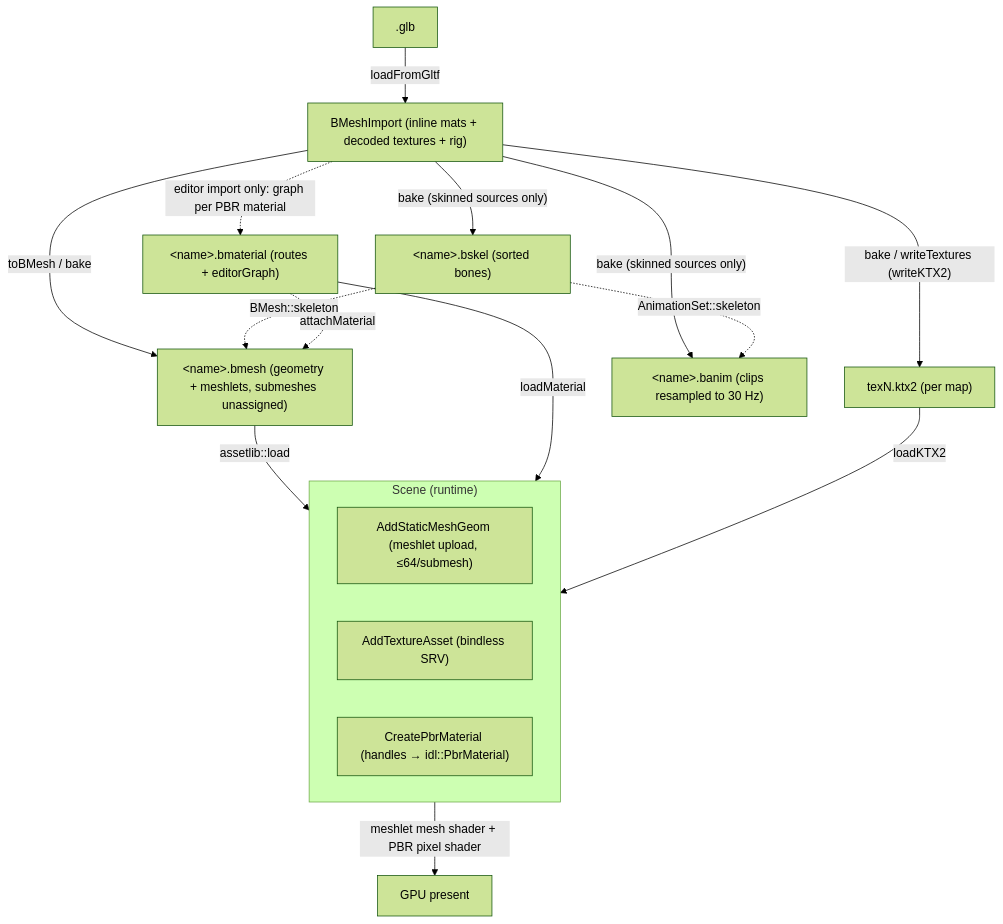
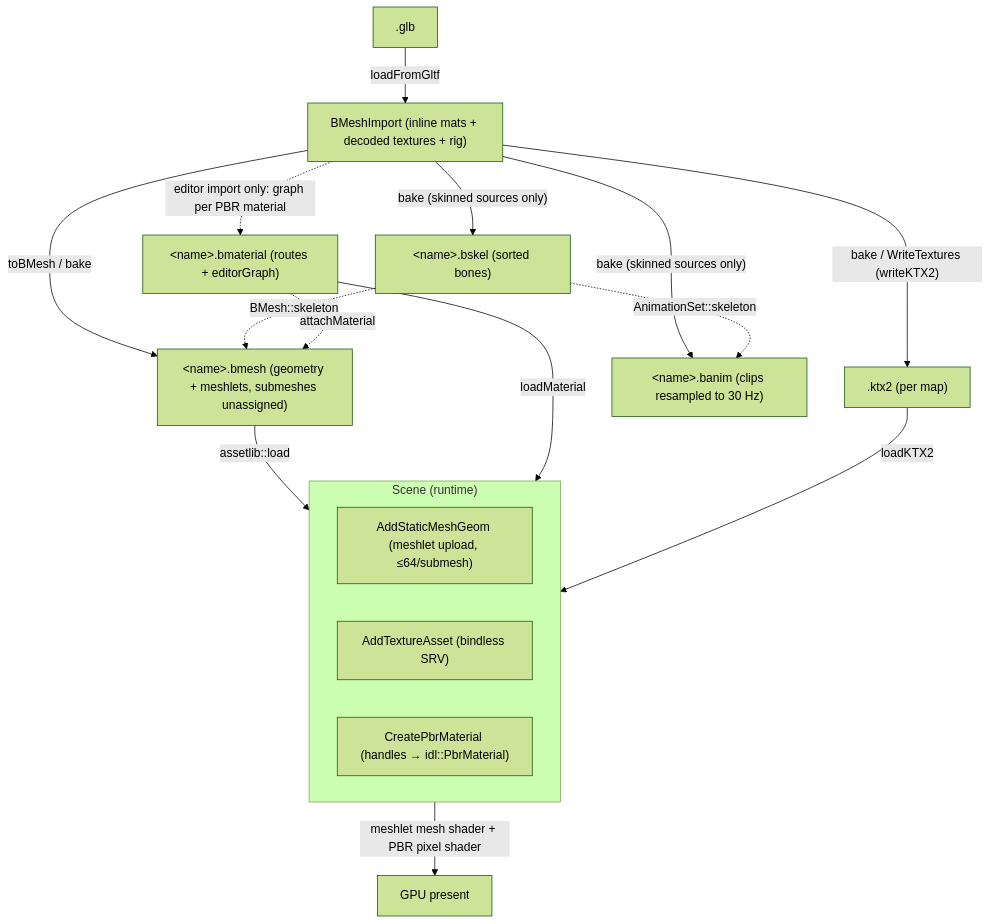
Before and after one commit to alexjiang200407/bernini: the diagram in docs/asset_standards.md, drawn with Mermaid (forest theme). The commit also changed other lines of this file and 40 other files, not shown here.

````diff
--- a/docs/asset_standards.md
+++ b/docs/asset_standards.md
@@ -596,24 +603,24 @@
 ```mermaid
 flowchart TD
     GLTF[".glb"] -- "loadFromGltf" --> IMP["BMeshImport (inline mats + decoded textures + rig)"]
     IMP -- "toBMesh / bake" --> BMESH["&lt;name&gt;.bmesh (geometry + meshlets, submeshes unassigned)"]
-    IMP -- "bake / writeTextures (writeKTX2)" --> TEX["texN.ktx2 (per map)"]
+    IMP -- "bake / WriteTextures (writeKTX2)" --> TEX[".ktx2 (per map)"]
     IMP -- "bake (skinned sources only)" --> SKEL["&lt;name&gt;.bskel (sorted bones)"]
     IMP -- "bake (skinned sources only)" --> ANIM["&lt;name&gt;.banim (clips resampled to 30 Hz)"]
     SKEL -. "BMesh::skeleton" .-> BMESH
     SKEL -. "AnimationSet::skeleton" .-> ANIM
     IMP -. "editor import only: graph per PBR material" .-> BMAT["&lt;name&gt;.bmaterial (routes + editorGraph)"]
     BMAT -. "attachMaterial" .-> BMESH
 
     BMESH -- "assetlib::load" --> SCENE
     BMAT -- "loadMaterial" --> SCENE
     TEX -- "loadKTX2" --> SCENE
 
     subgraph SCENE["Scene (runtime)"]
         AM["AddStaticMeshGeom (meshlet upload, ≤64/submesh)"]
         AT["AddTextureAsset (bindless SRV)"]
         CM["CreatePbrMaterial (handles → idl::PbrMaterial)"]
     end
 
     SCENE -- "meshlet mesh shader + PBR pixel shader" --> GPU["GPU present"]
 ```
````
